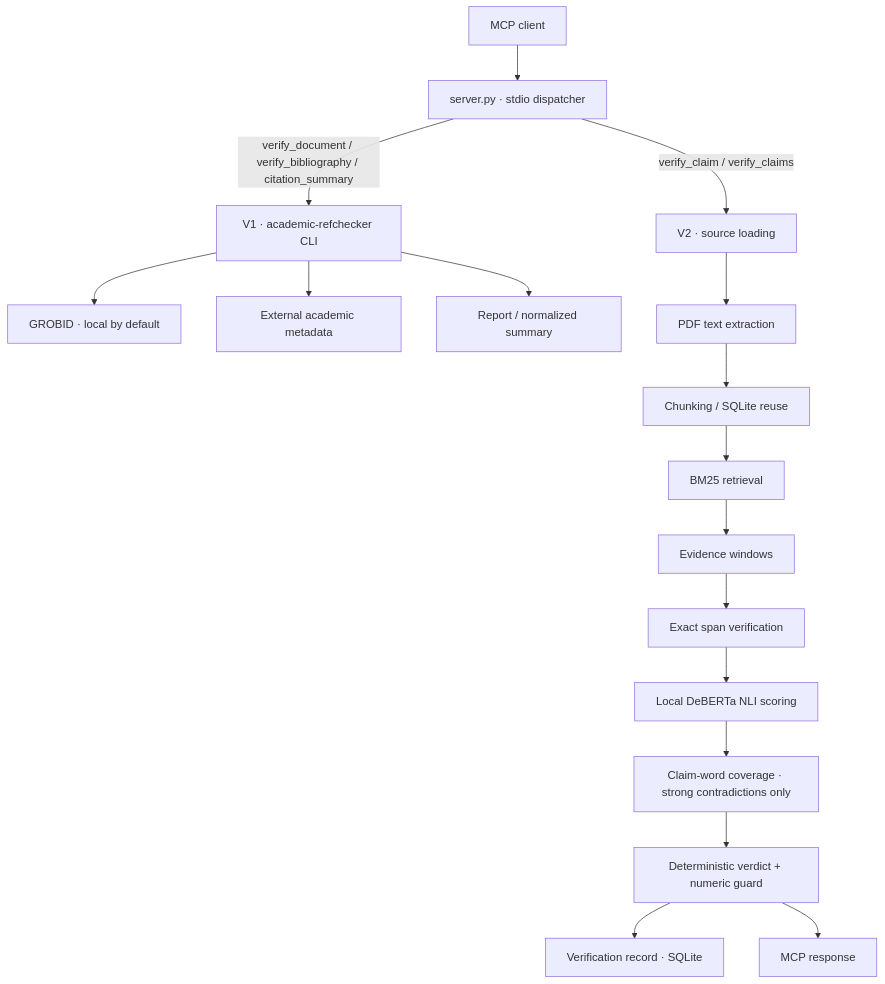
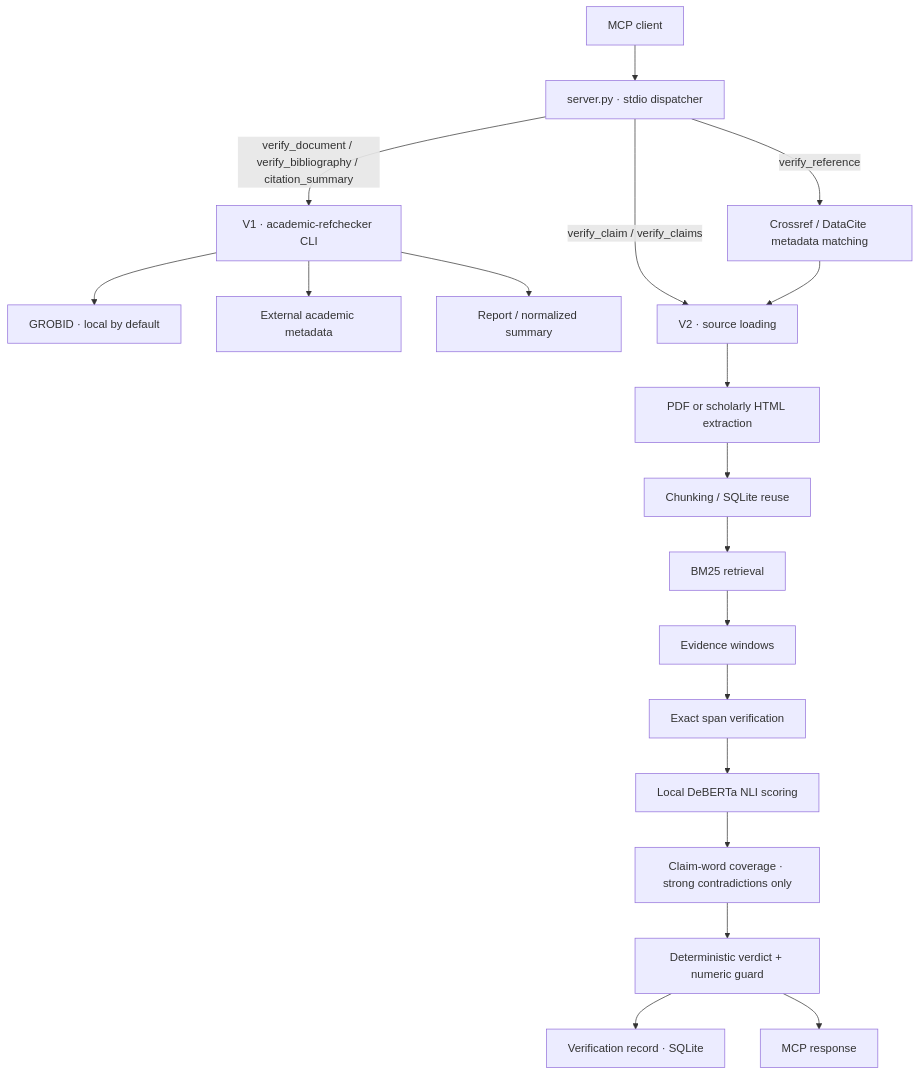
The diagram in docs/architecture.md (LloydPhuc/citation-verifier-mcp), drawn with Mermaid before and after one commit. The commit also changed other lines of this file and 5 other files, not shown here.

````diff
--- a/docs/architecture.md
+++ b/docs/architecture.md
@@ -7,16 +7,18 @@
 ```mermaid
 flowchart TD
     Client["MCP client"] --> Server["server.py · stdio dispatcher"]
     Server -->|"verify_document / verify_bibliography / citation_summary"| Ref["V1 · academic-refchecker CLI"]
     Ref --> Grobid["GROBID · local by default"]
     Ref --> Metadata["External academic metadata"]
     Ref --> Report["Report / normalized summary"]
     Server -->|"verify_claim / verify_claims"| Load["V2 · source loading"]
-    Load --> Text["PDF text extraction"] --> Chunks["Chunking / SQLite reuse"]
+    Server -->|"verify_reference"| Resolve["Crossref / DataCite metadata matching"]
+    Resolve --> Load
+    Load --> Text["PDF or scholarly HTML extraction"] --> Chunks["Chunking / SQLite reuse"]
     Chunks --> BM25["BM25 retrieval"] --> Windows["Evidence windows"]
     Windows --> Provenance["Exact span verification"] --> NLI["Local DeBERTa NLI scoring"]
     NLI --> Gate["Claim-word coverage · strong contradictions only"]
     Gate --> Decision["Deterministic verdict + numeric guard"]
     Decision --> DB["Verification record · SQLite"]
     Decision --> Response["MCP response"]
 ```
````
